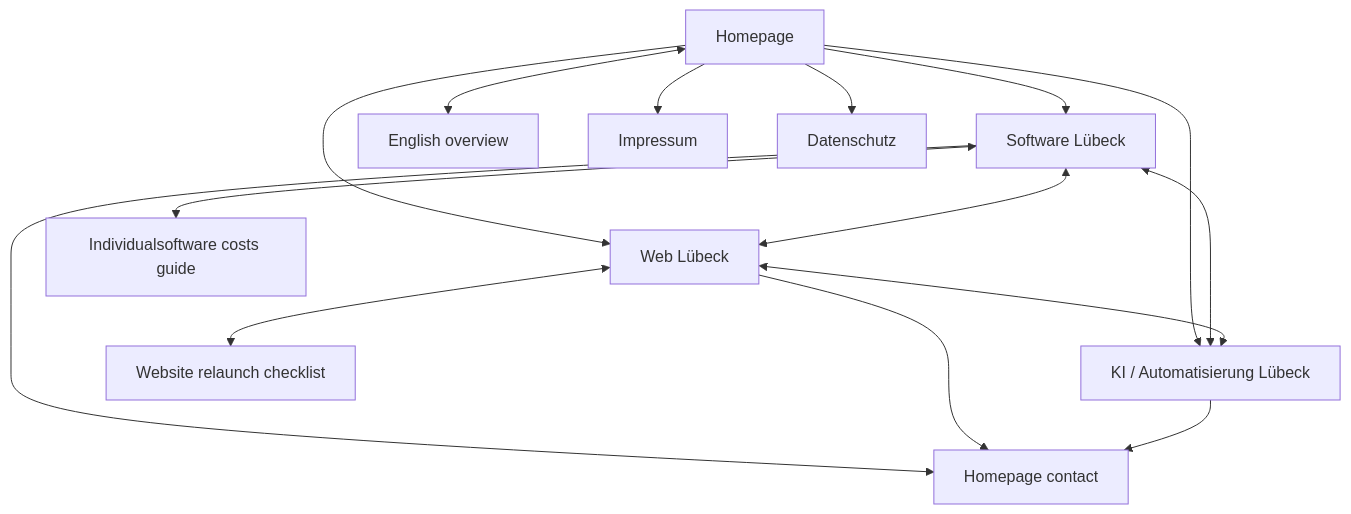
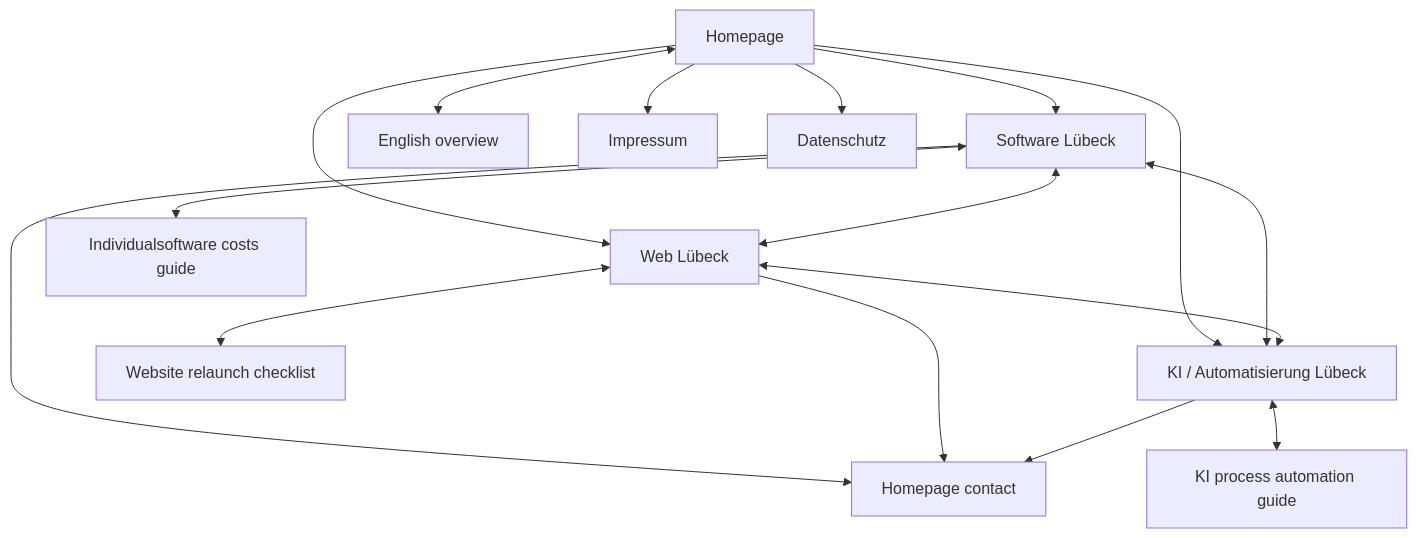
The diagram in INTERNAL-LINK-GRAPH.md (DatenpflegeNordHL/datenpflege-nord-production), drawn with Mermaid before and after one commit. The commit also changed other lines of this file and 12 other files, not shown here.

````diff
--- a/INTERNAL-LINK-GRAPH.md
+++ b/INTERNAL-LINK-GRAPH.md
@@ -6,17 +6,18 @@
 ```mermaid
 graph TD
   H[Homepage] --> S[Software Lübeck]
   H --> W[Web Lübeck]
   H --> A[KI / Automatisierung Lübeck]
   H <--> E[English overview]
   S <--> W
   S <--> A
   W <--> A
   S --> C[Homepage contact]
   W --> C
   A --> C
   S <--> IS[Individualsoftware costs guide]
   W <--> RC[Website relaunch checklist]
+  A <--> KP[KI process automation guide]
   H --> I[Impressum]
   H --> D[Datenschutz]
 ```
````
